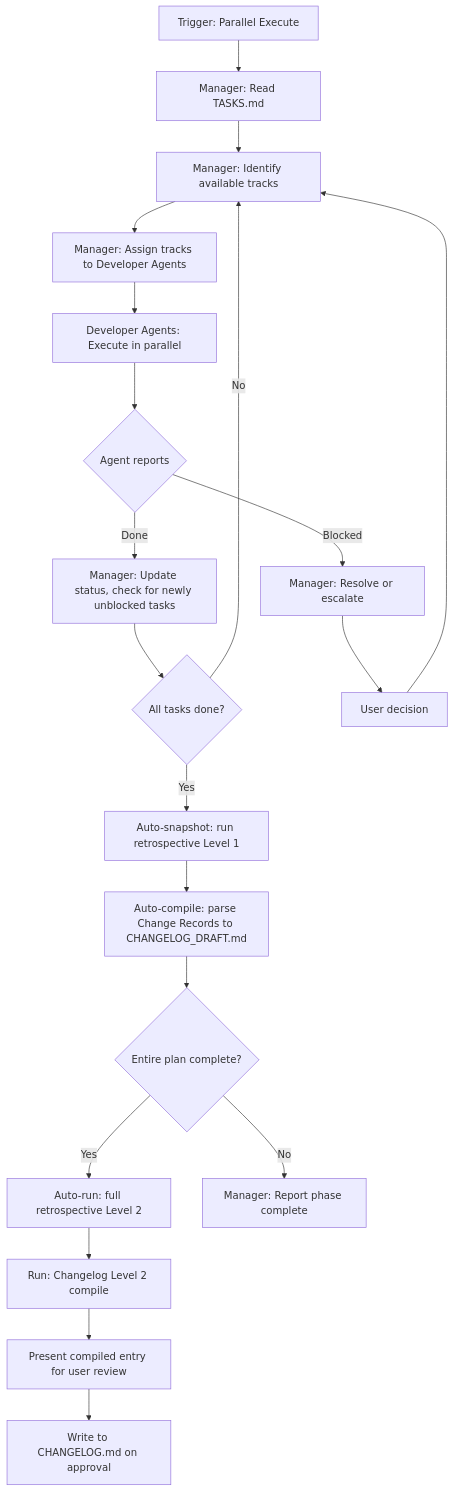
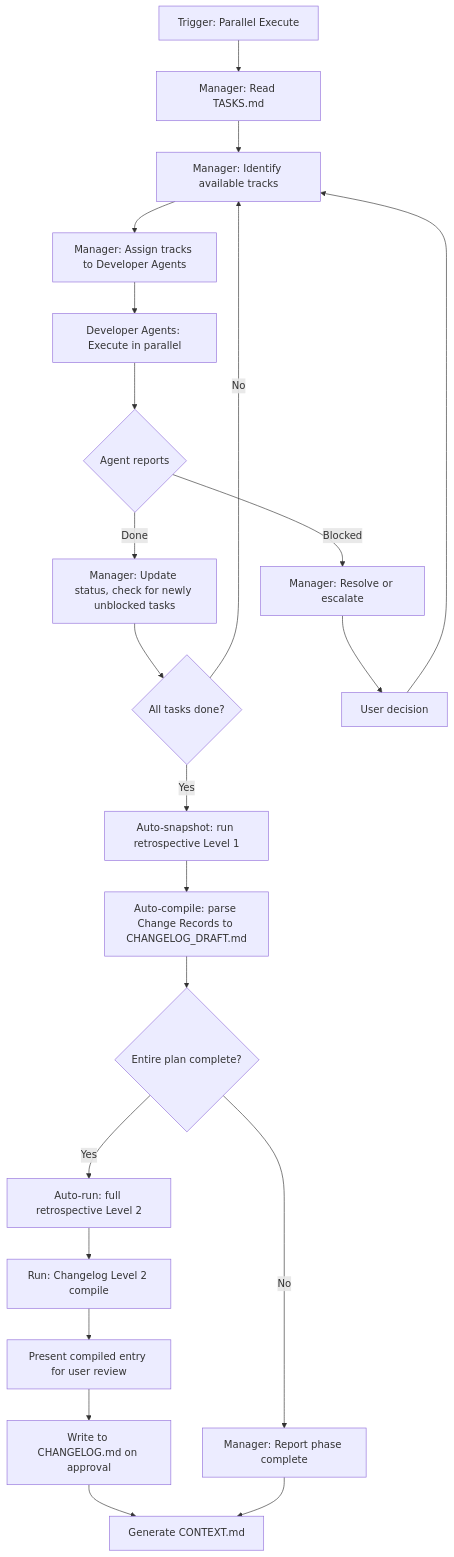
Before and after one commit to teratron/magic-spec: the third of 3 diagrams in .magic/task.md, drawn with Mermaid. The commit also changed other lines of this file and 14 other files, not shown here.

````diff
--- a/.magic/task.md
+++ b/.magic/task.md
@@ -234,22 +252,24 @@
 ```mermaid
 graph TD
     A[Trigger: Parallel Execute] --> B[Manager: Read TASKS.md]
     B --> C[Manager: Identify available tracks]
     C --> D[Manager: Assign tracks to Developer Agents]
     D --> E[Developer Agents: Execute in parallel]
     E --> F{Agent reports}
     F -->|Done| G[Manager: Update status, check for newly unblocked tasks]
     F -->|Blocked| H[Manager: Resolve or escalate]
     G --> I{All tasks done?}
     I -->|No| C
     I -->|Yes| J[Auto-snapshot: run retrospective Level 1]
     J --> J1[Auto-compile: parse Change Records to CHANGELOG_DRAFT.md]
     J1 --> L{Entire plan complete?}
     L -->|Yes| M[Auto-run: full retrospective Level 2]
     M --> M1[Run: Changelog Level 2 compile]
     M1 --> M2[Present compiled entry for user review]
     M2 --> N1[Write to CHANGELOG.md on approval]
+    N1 --> O[Generate CONTEXT.md]
     L -->|No| N[Manager: Report phase complete]
+    N --> O
     H --> K[User decision]
     K --> C
 ```
````
